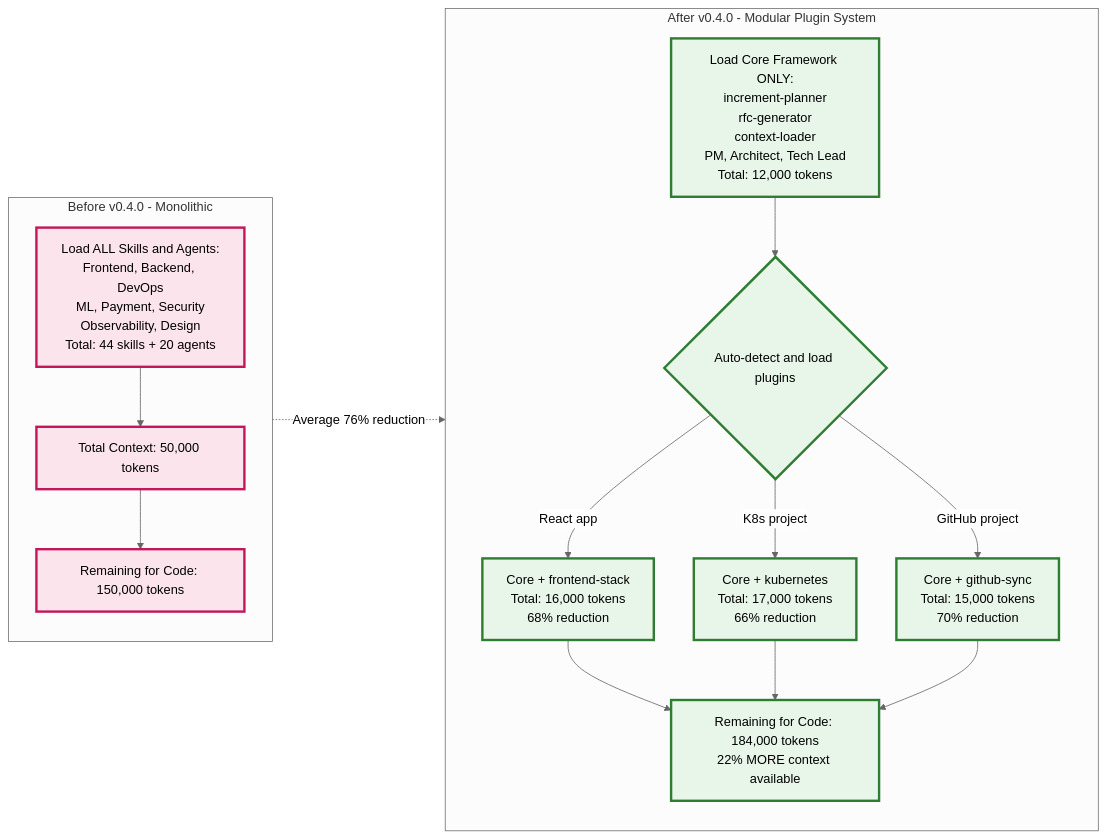
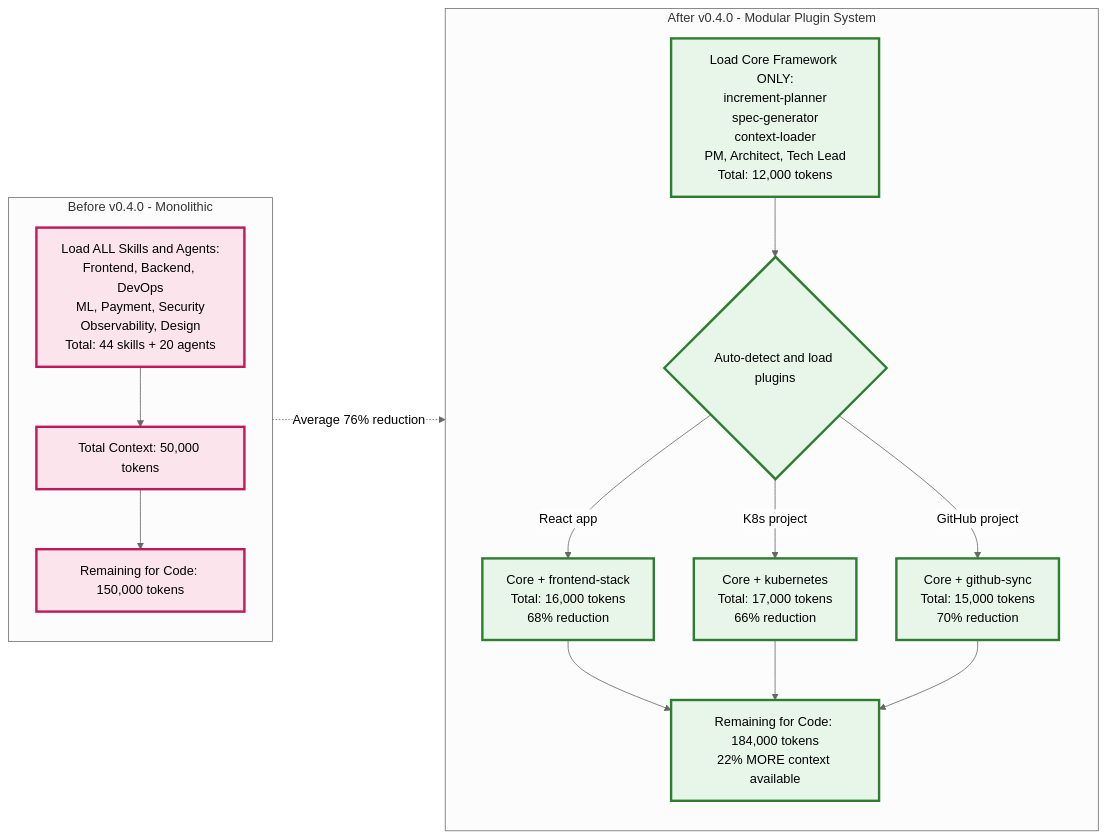
Before and after one commit to anton-abyzov/specweave: the diagram in .specweave/docs/internal/architecture/diagrams/4-context-efficiency.mmd, drawn with Mermaid (neutral theme). The commit also changed 1499 other files, not shown here.

```diff
--- a/.specweave/docs/internal/architecture/diagrams/4-context-efficiency.mmd
+++ b/.specweave/docs/internal/architecture/diagrams/4-context-efficiency.mmd
@@ -1,27 +1,27 @@
 flowchart LR
     subgraph Before["Before v0.4.0 - Monolithic"]
         B1[Load ALL Skills and Agents:<br/>Frontend, Backend, DevOps<br/>ML, Payment, Security<br/>Observability, Design<br/>Total: 44 skills + 20 agents]
         B1 --> B2[Total Context: 50,000 tokens]
         B2 --> B3[Remaining for Code: 150,000 tokens]
     end
 
     subgraph After["After v0.4.0 - Modular Plugin System"]
-        A1[Load Core Framework ONLY:<br/>increment-planner<br/>rfc-generator<br/>context-loader<br/>PM, Architect, Tech Lead<br/>Total: 12,000 tokens]
+        A1[Load Core Framework ONLY:<br/>increment-planner<br/>spec-generator<br/>context-loader<br/>PM, Architect, Tech Lead<br/>Total: 12,000 tokens]
         A1 --> A2{Auto-detect and load plugins}
         A2 -->|React app| A3[Core + frontend-stack<br/>Total: 16,000 tokens<br/>68% reduction]
         A2 -->|K8s project| A4[Core + kubernetes<br/>Total: 17,000 tokens<br/>66% reduction]
         A2 -->|GitHub project| A5[Core + github-sync<br/>Total: 15,000 tokens<br/>70% reduction]
         A3 --> A6[Remaining for Code: 184,000 tokens<br/>22% MORE context available]
         A4 --> A6
         A5 --> A6
     end
 
     Before -.->|Average 76% reduction| After
 
     %% HIGH CONTRAST STYLING
     classDef before fill:#FCE4EC,stroke:#C2185B,stroke-width:3px,color:#000000
     classDef after fill:#E8F5E9,stroke:#2E7D32,stroke-width:3px,color:#000000
     classDef metric fill:#FFF4E6,stroke:#E65100,stroke-width:3px,color:#000000
 
     class B1,B2,B3 before
     class A1,A2,A3,A4,A5,A6 after
```
